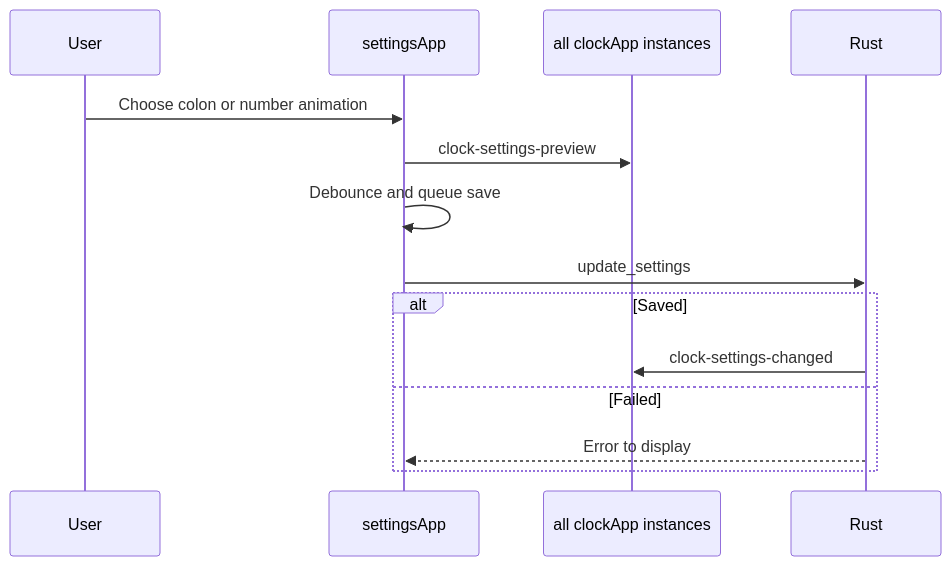
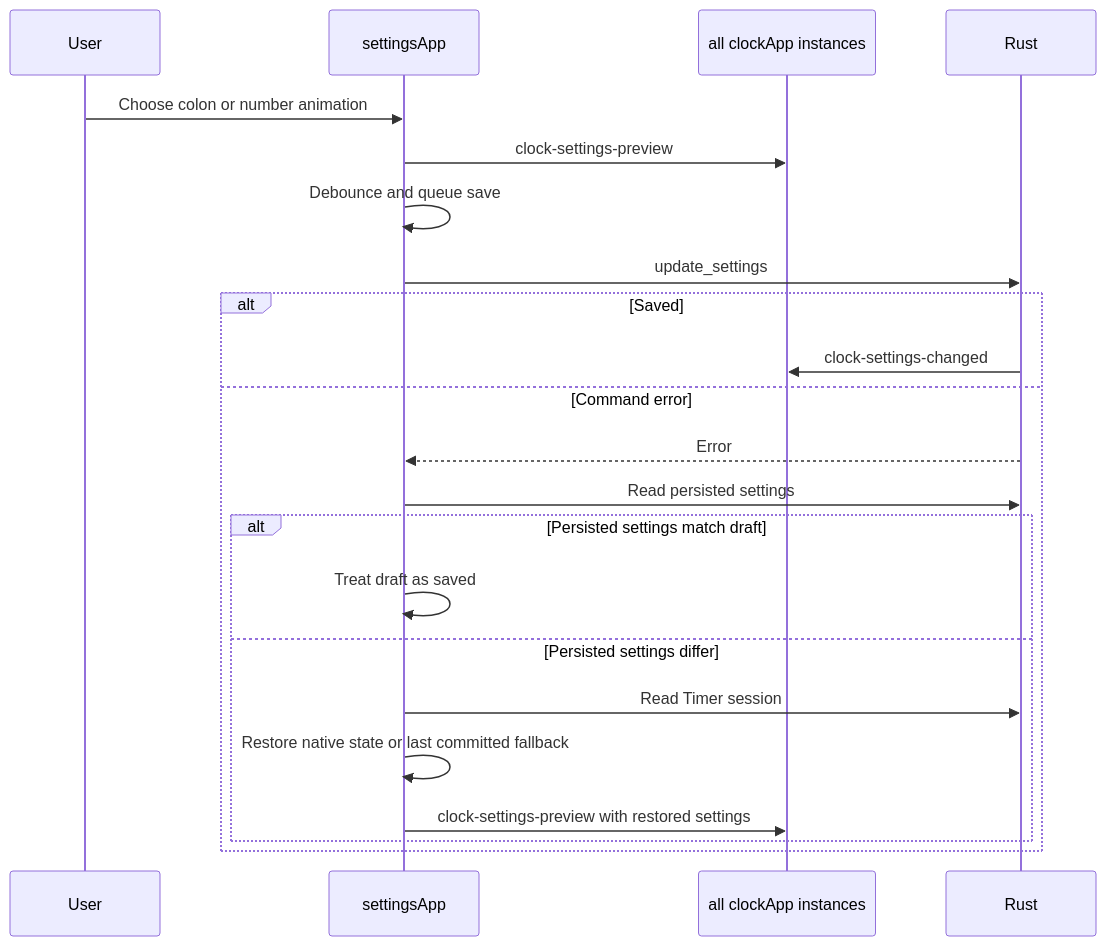
The second of 3 diagrams in src/doc/workflow_diagram.md (tbkmax/TopClock), drawn with Mermaid before and after one commit. The commit also changed other lines of this file and 13 other files, not shown here.

````diff
--- a/src/doc/workflow_diagram.md
+++ b/src/doc/workflow_diagram.md
@@ -73,16 +80,24 @@
 ```mermaid
 sequenceDiagram
     participant User
     participant Settings as settingsApp
     participant Clocks as all clockApp instances
     participant Rust
     User->>Settings: Choose colon or number animation
     Settings->>Clocks: clock-settings-preview
     Settings->>Settings: Debounce and queue save
     Settings->>Rust: update_settings
     alt Saved
         Rust->>Clocks: clock-settings-changed
-    else Failed
-        Rust-->>Settings: Error to display
+    else Command error
+        Rust-->>Settings: Error
+        Settings->>Rust: Read persisted settings
+        alt Persisted settings match draft
+            Settings->>Settings: Treat draft as saved
+        else Persisted settings differ
+            Settings->>Rust: Read Timer session
+            Settings->>Settings: Restore native state or last committed fallback
+            Settings->>Clocks: clock-settings-preview with restored settings
+        end
     end
 ```
````
